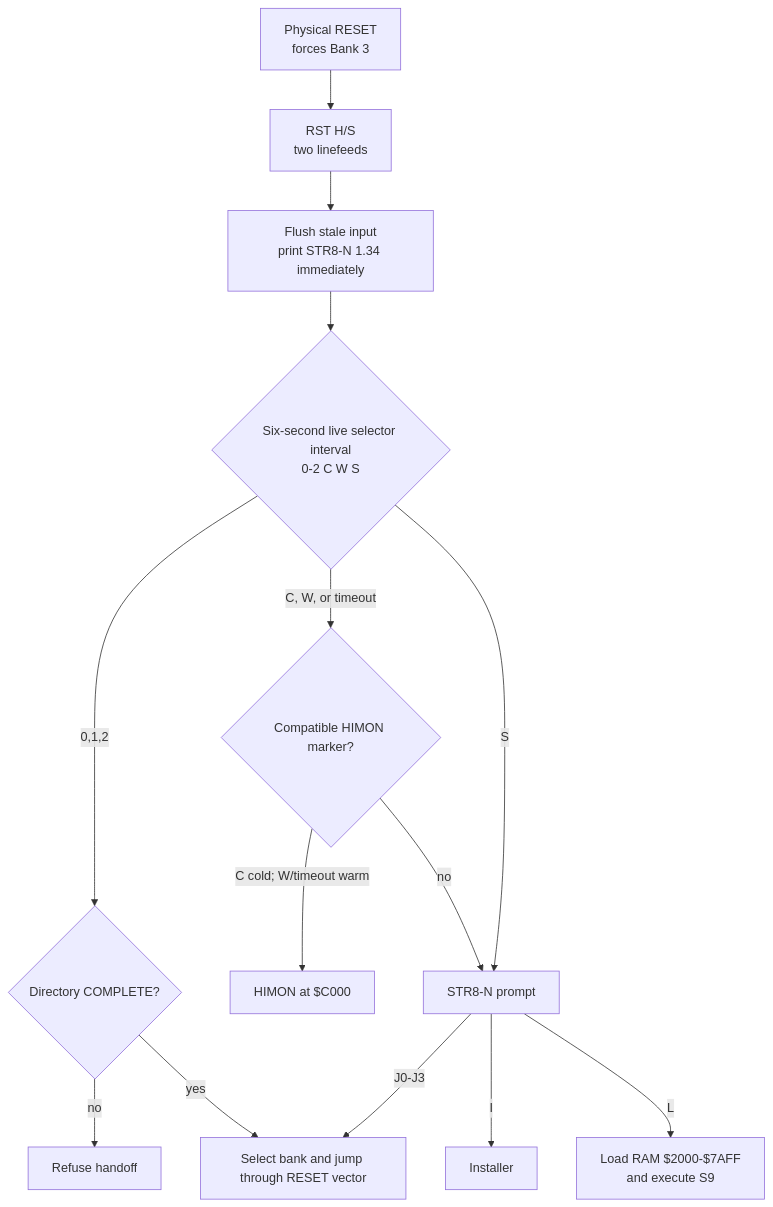
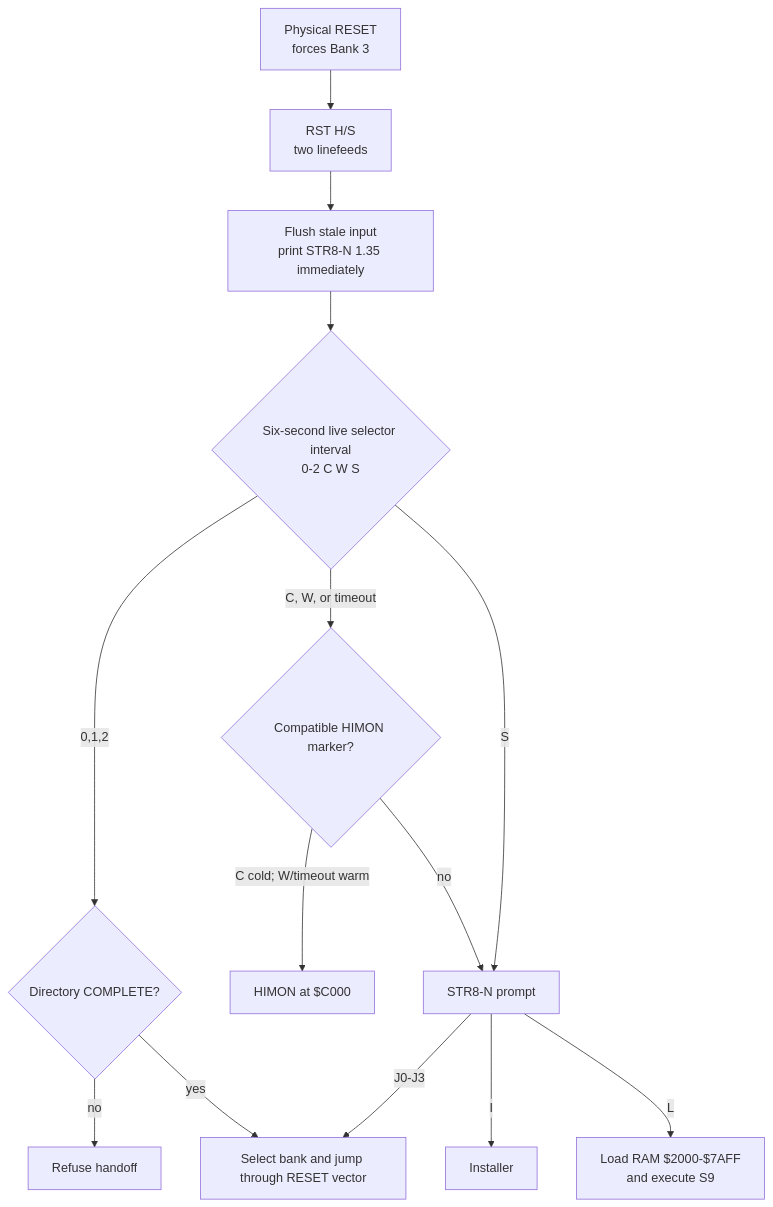
One commit to 95westus/STR8-N changed the fourth of 14 diagrams in docs/MAPS.md. Above: the diagram before and after it, drawn with Mermaid. The commit also changed other lines of this file and 59 other files, not shown here.

````diff
--- a/docs/MAPS.md
+++ b/docs/MAPS.md
@@ -92,16 +92,16 @@
 ```mermaid
 flowchart TD
     R[Physical RESET<br/>forces Bank 3] --> A[RST H/S<br/>two linefeeds]
-    A --> P[Flush stale input<br/>print STR8-N 1.34 immediately]
+    A --> P[Flush stale input<br/>print STR8-N 1.35 immediately]
     P --> Q{Six-second live selector interval<br/>0-2 C W S}
     Q -->|0,1,2| C{Directory COMPLETE?}
     C -->|no| F[Refuse handoff]
     C -->|yes| J[Select bank and jump through RESET vector]
     Q -->|C, W, or timeout| M{Compatible HIMON marker?}
     M -->|C cold; W/timeout warm| H[HIMON at $C000]
     M -->|no| S[STR8-N prompt]
     Q -->|S| S
     S -->|J0-J3| J
     S -->|I| I[Installer]
     S -->|L| L[Load RAM $2000-$7AFF<br/>and execute S9]
 ```
````
